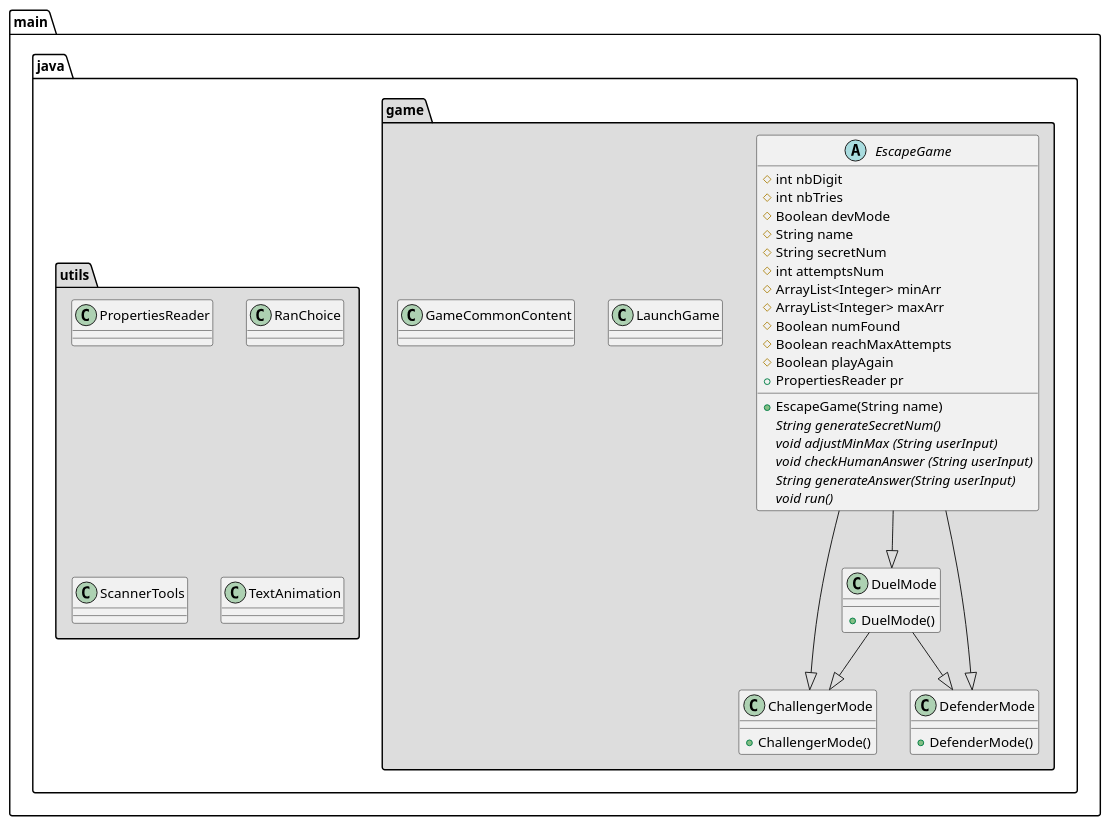
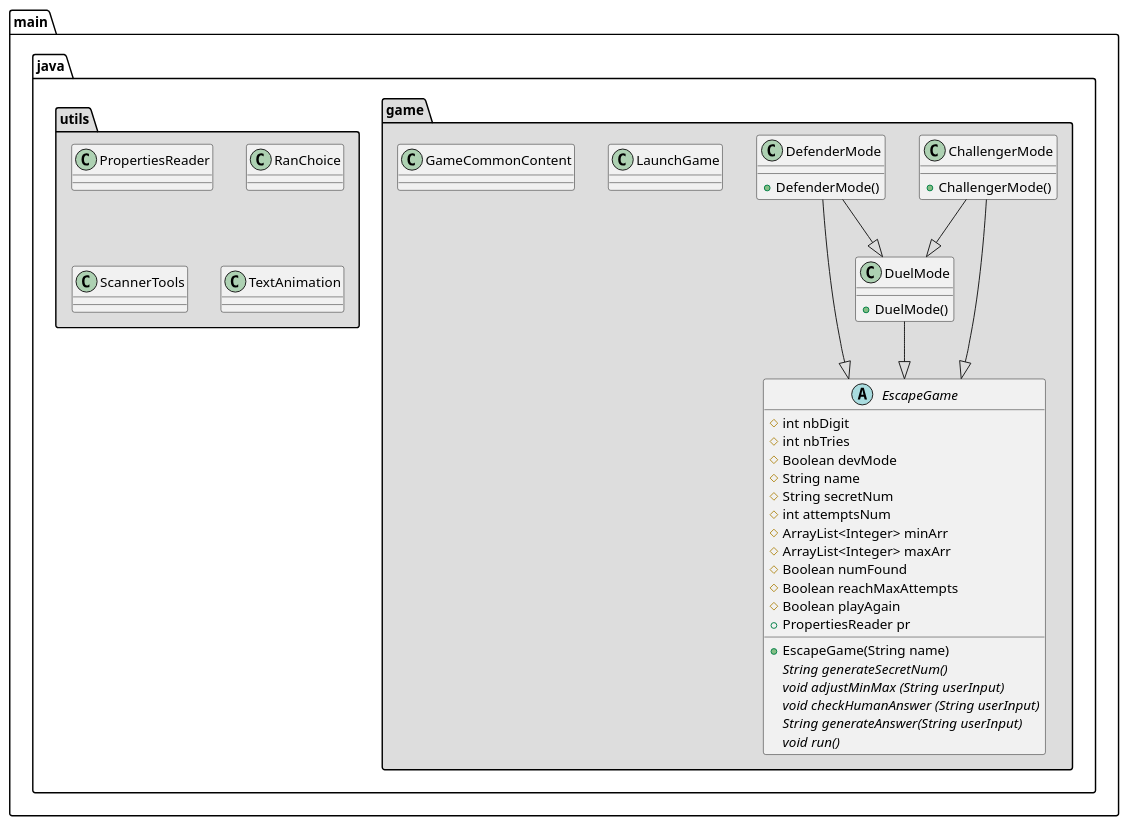
Before and after one commit to rvallet/escapegameonline: the diagram in Class.puml, drawn with PlantUML. The commit also changed 9 other files, not shown here.

Commit message:
update readme, uml, game name on properties, adding US translation in properties

```diff
--- a/Class.puml
+++ b/Class.puml
@@ -1,61 +1,61 @@
 @startuml
 /' Start UML Class '/
 package "main.java.game" #DDDDDD {
     abstract class EscapeGame {
         #int nbDigit
         #int nbTries
         #Boolean devMode
         #String name
         #String secretNum
         #int attemptsNum
         #ArrayList<Integer> minArr
         #ArrayList<Integer> maxArr
         #Boolean numFound
         #Boolean reachMaxAttempts
         #Boolean playAgain
         +PropertiesReader pr
 
         +EscapeGame(String name)
         {abstract} String generateSecretNum()
         {abstract} void adjustMinMax (String userInput)
         {abstract} void checkHumanAnswer (String userInput)
         {abstract} String generateAnswer(String userInput)
         {abstract} void run()
     }
 
     class ChallengerMode {
         +ChallengerMode()
     }
 
     class DefenderMode {
         +DefenderMode()
     }
 
     class DuelMode {
         +DuelMode()
     }
 
     class LaunchGame {
     }
 
     class GameCommonContent {
     }
 
-    EscapeGame --|> ChallengerMode
-    EscapeGame --|> DefenderMode
-    EscapeGame --|> DuelMode
-    DuelMode --|> ChallengerMode
-    DuelMode --|> DefenderMode
+   ChallengerMode --|> EscapeGame
+   DefenderMode  --|> EscapeGame
+   DuelMode  --|> EscapeGame
+   ChallengerMode --|> DuelMode
+   DefenderMode --|> DuelMode
+}
 
-}
 package "main.java.utils" #DDDDDD {
     class PropertiesReader {
     }
     class RanChoice {
     }
     class ScannerTools {
     }
     class TextAnimation {
     }
 }
 @enduml
```
